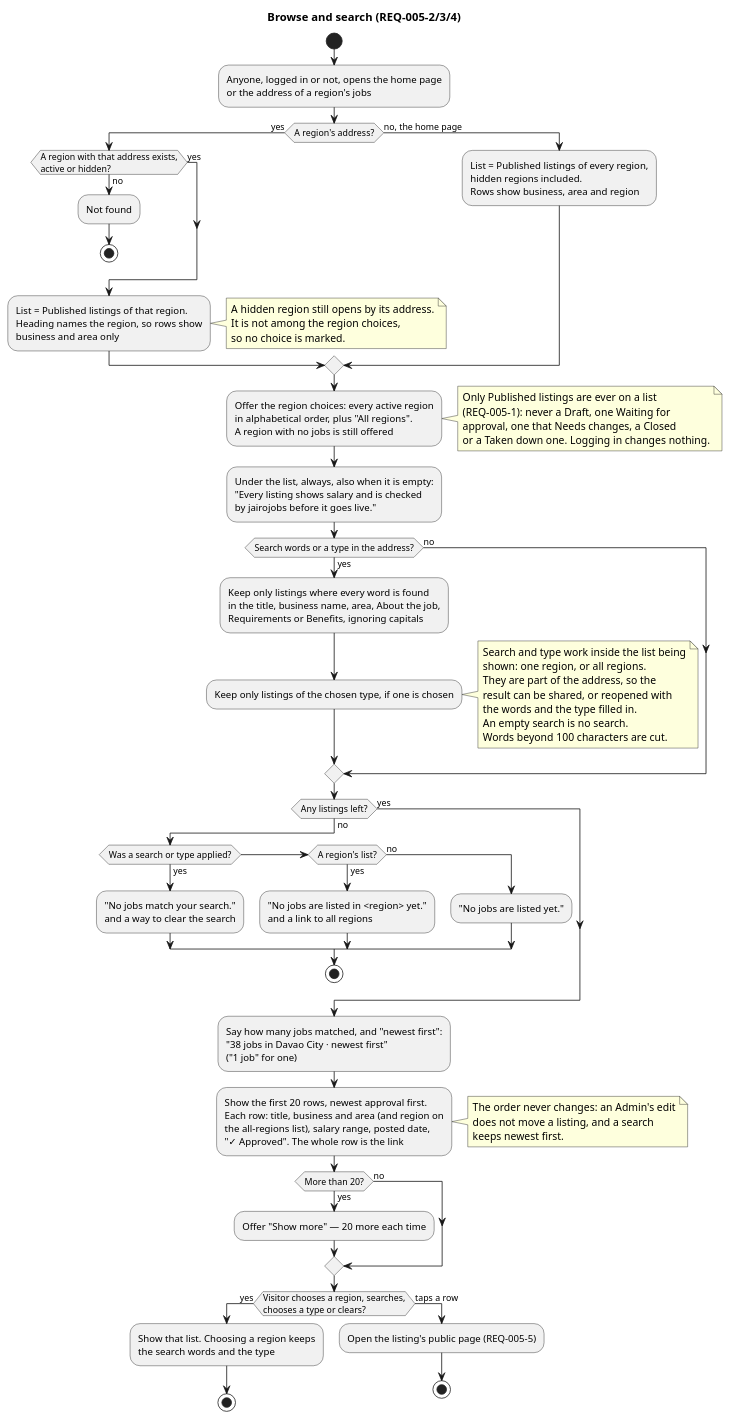
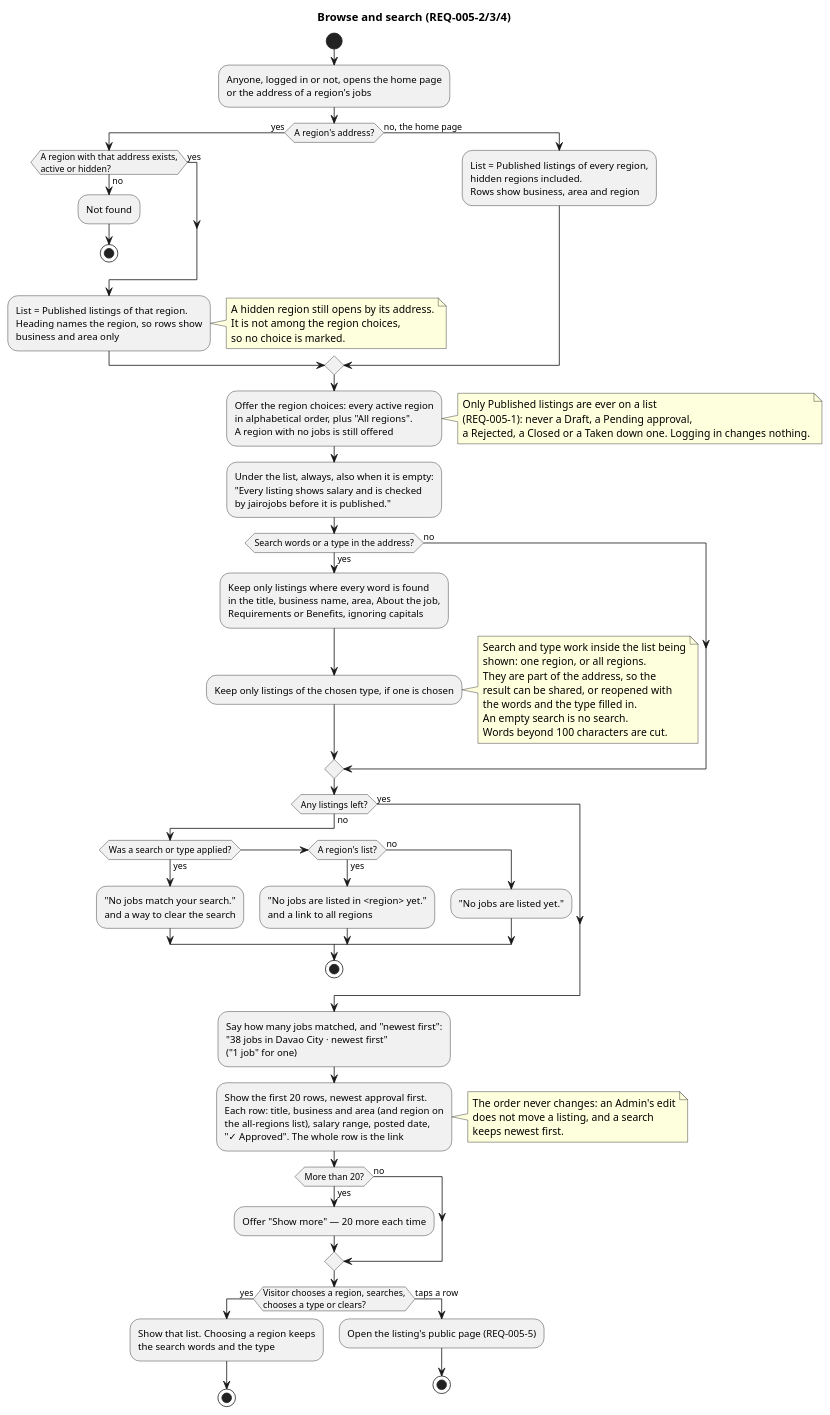
The diagram in docs/specs/005-public-browse-search/diagrams/activity-browse-and-search.puml (raseniero/jairojobs-elixir), drawn with PlantUML before and after one commit. The commit also changed 8 other files, not shown here.

Commit message:
docs(spec 005): one word per status; Published, Pending approval and Rejected, not the old screen labels

```diff
--- a/docs/specs/005-public-browse-search/diagrams/activity-browse-and-search.puml
+++ b/docs/specs/005-public-browse-search/diagrams/activity-browse-and-search.puml
@@ -1,92 +1,91 @@
 @startuml activity-browse-and-search
 ' Spec 005 — the jobs lists: all regions, one region, search and type (REQ-005-2, -3, -4)
 title Browse and search (REQ-005-2/3/4)
 
 start
 :Anyone, logged in or not, opens the home page
 or the address of a region's jobs;
 if (A region's address?) then (yes)
   if (A region with that address exists,\nactive or hidden?) then (no)
     :Not found;
     stop
   else (yes)
   endif
   :List = Published listings of that region.
   Heading names the region, so rows show
   business and area only;
   note right
     A hidden region still opens by its address.
     It is not among the region choices,
     so no choice is marked.
   end note
 else (no, the home page)
   :List = Published listings of every region,
   hidden regions included.
   Rows show business, area and region;
 endif
 :Offer the region choices: every active region
 in alphabetical order, plus "All regions".
 A region with no jobs is still offered;
 note right
   Only Published listings are ever on a list
-  (REQ-005-1): never a Draft, one Waiting for
-  approval, one that Needs changes, a Closed
-  or a Taken down one. Logging in changes nothing.
+  (REQ-005-1): never a Draft, a Pending approval,
+  a Rejected, a Closed or a Taken down one. Logging in changes nothing.
 end note
 :Under the list, always, also when it is empty:
 "Every listing shows salary and is checked
-by jairojobs before it goes live.";
+by jairojobs before it is published.";
 if (Search words or a type in the address?) then (yes)
   :Keep only listings where every word is found
   in the title, business name, area, About the job,
   Requirements or Benefits, ignoring capitals;
   :Keep only listings of the chosen type, if one is chosen;
   note right
     Search and type work inside the list being
     shown: one region, or all regions.
     They are part of the address, so the
     result can be shared, or reopened with
     the words and the type filled in.
     An empty search is no search.
     Words beyond 100 characters are cut.
   end note
 else (no)
 endif
 if (Any listings left?) then (no)
   if (Was a search or type applied?) then (yes)
     :"No jobs match your search."
     and a way to clear the search;
   elseif (A region's list?) then (yes)
     :"No jobs are listed in <region> yet."
     and a link to all regions;
   else (no)
     :"No jobs are listed yet.";
   endif
   stop
 else (yes)
 endif
 :Say how many jobs matched, and "newest first":
 "38 jobs in Davao City · newest first"
 ("1 job" for one);
 :Show the first 20 rows, newest approval first.
 Each row: title, business and area (and region on
 the all-regions list), salary range, posted date,
 "✓ Approved". The whole row is the link;
 note right
   The order never changes: an Admin's edit
   does not move a listing, and a search
   keeps newest first.
 end note
 if (More than 20?) then (yes)
   :Offer "Show more" — 20 more each time;
 else (no)
 endif
 if (Visitor chooses a region, searches,\nchooses a type or clears?) then (yes)
   :Show that list. Choosing a region keeps
   the search words and the type;
   stop
 else (taps a row)
   :Open the listing's public page (REQ-005-5);
   stop
 endif
 @enduml
```
